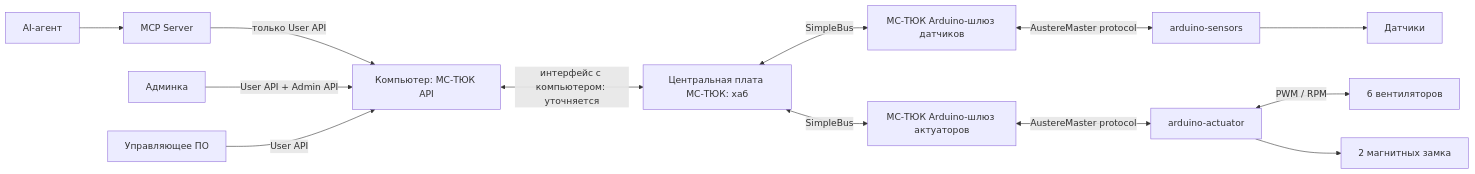
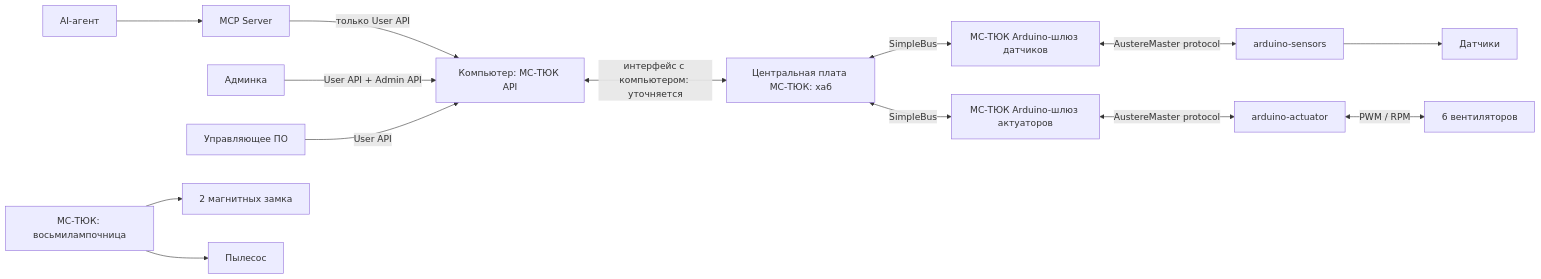
One commit to polyus-nt/mki-server changed the first of 2 diagrams in docs/HARDWARE-API-ARCHITECTURE.md. Above: the diagram before and after it, drawn with Mermaid. The commit also changed other lines of this file and 2 other files, not shown here.

Commit message:
Update sensor inventory and move locks to eight-output board

````diff
--- a/docs/HARDWARE-API-ARCHITECTURE.md
+++ b/docs/HARDWARE-API-ARCHITECTURE.md
@@ -15,15 +17,16 @@
 ```mermaid
 flowchart LR
     Agent["AI-агент"] --> MCP["MCP Server"]
     MCP -->|"только User API"| API["Компьютер: МС-ТЮК API"]
     Admin["Админка"] -->|"User API + Admin API"| API
     Controller["Управляющее ПО"] -->|"User API"| API
     API <-->|"интерфейс с компьютером: уточняется"| Hub["Центральная плата МС-ТЮК: хаб"]
     Hub <-->|SimpleBus| GWS["МС-ТЮК Arduino-шлюз датчиков"]
     Hub <-->|SimpleBus| GWA["МС-ТЮК Arduino-шлюз актуаторов"]
     GWS <-->|"AustereMaster protocol"| Sensors["arduino-sensors"]
     GWA <-->|"AustereMaster protocol"| Actuator["arduino-actuator"]
     Sensors --> HWs["Датчики"]
     Actuator <-->|"PWM / RPM"| Fans["6 вентиляторов"]
-    Actuator --> Lock["2 магнитных замка"]
+    Eight["МС-ТЮК: восьмилампочница"] --> Lock["2 магнитных замка"]
+    Eight --> Vacuum["Пылесос"]
 ```
````
